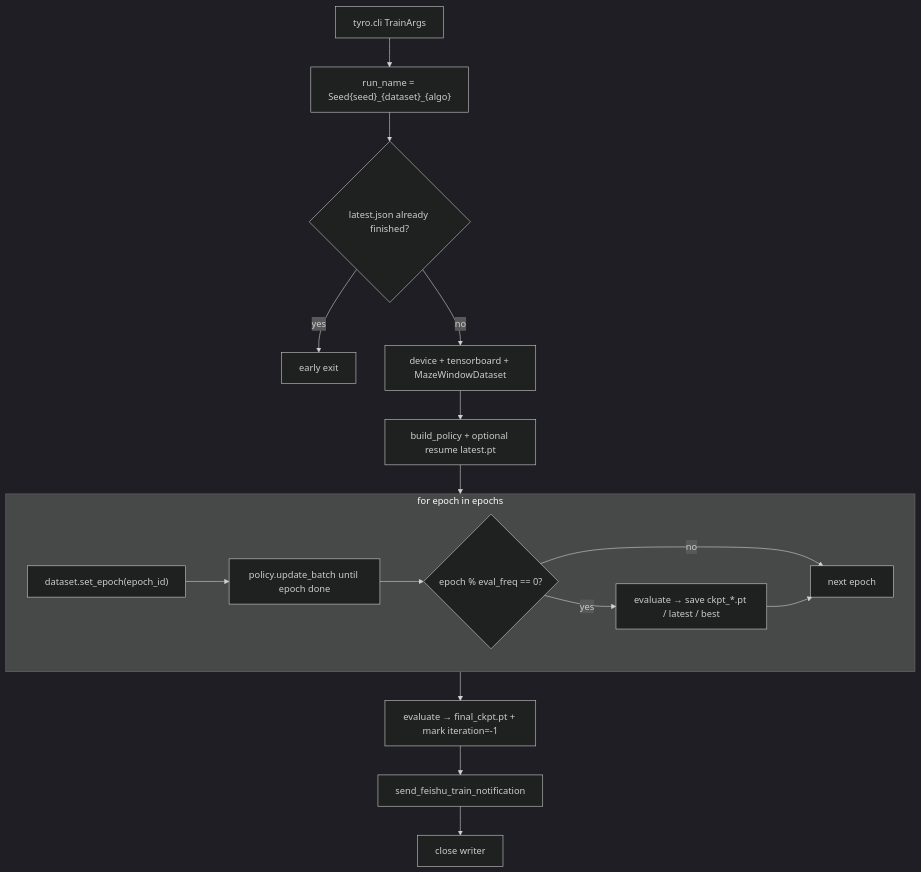
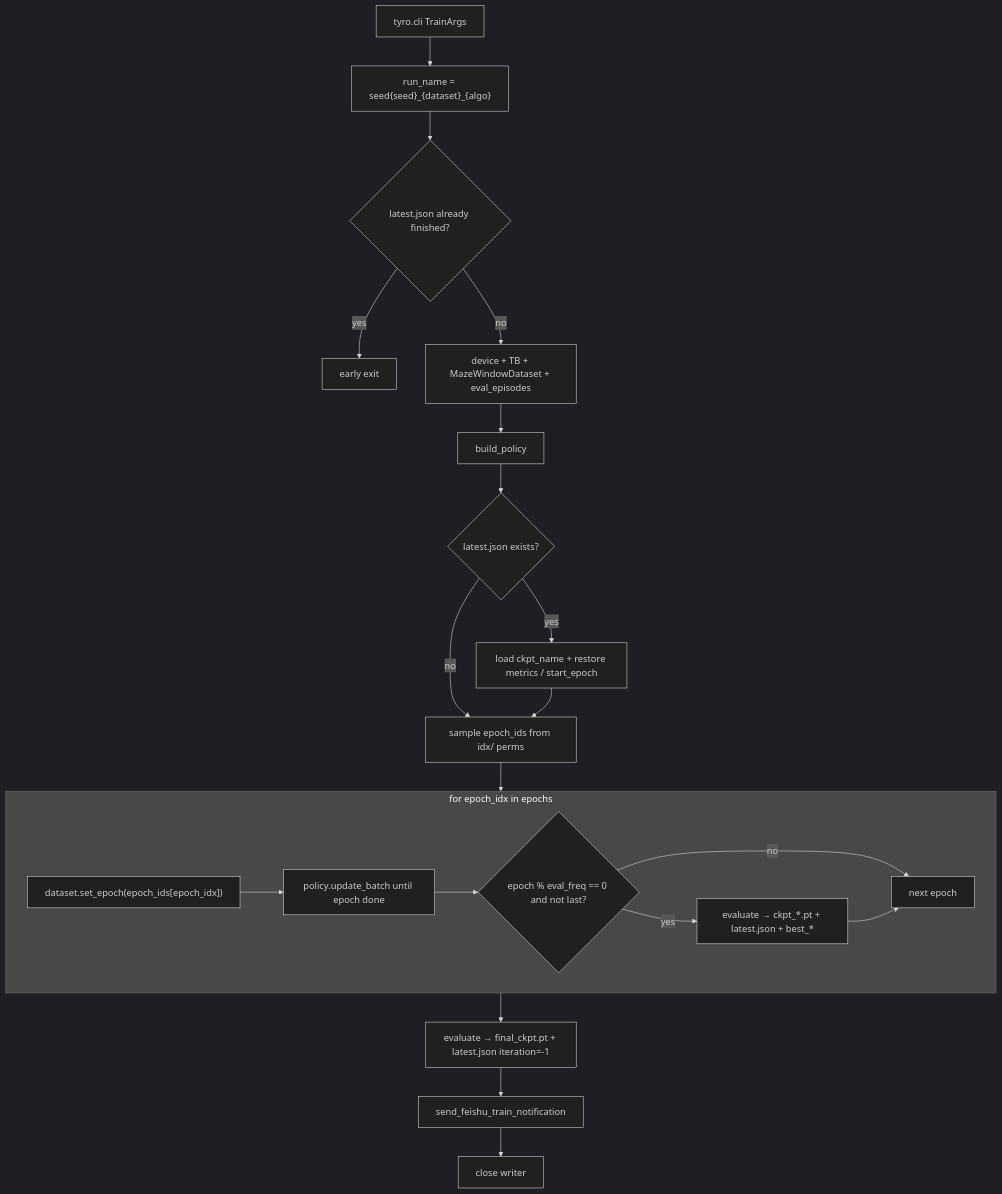
One commit to IBNBlank/maze_playground changed the third of 4 diagrams in README.md. Above: the diagram before and after it, drawn with Mermaid (dark theme). The commit also changed other lines of this file and 10 other files, not shown here.

````diff
--- a/README.md
+++ b/README.md
@@ -156,22 +160,26 @@
 ```mermaid
 flowchart TB
-    start["tyro.cli TrainArgs"] --> run_name["run_name = Seed{seed}_{dataset}_{algo}"]
+    start["tyro.cli TrainArgs"] --> run_name["run_name = seed{seed}_{dataset}_{algo}"]
     run_name --> early{"latest.json already finished?"}
     early -->|yes| done_early["early exit"]
-    early -->|no| init["device + tensorboard + MazeWindowDataset"]
-    init --> policy["build_policy + optional resume latest.pt"]
-    policy --> loop
+    early -->|no| init["device + TB + MazeWindowDataset + eval_episodes"]
+    init --> policy["build_policy"]
+    policy --> resume{"latest.json exists?"}
+    resume -->|yes| load["load ckpt_name + restore metrics / start_epoch"]
+    resume -->|no| pick["sample epoch_ids from idx/ perms"]
+    load --> pick
+    pick --> loop
 
-    subgraph loop["for epoch in epochs"]
-        set_epoch["dataset.set_epoch(epoch_id)"]
+    subgraph loop["for epoch_idx in epochs"]
+        set_epoch["dataset.set_epoch(epoch_ids[epoch_idx])"]
         set_epoch --> batches["policy.update_batch until epoch done"]
-        batches --> eval_gate{"epoch % eval_freq == 0?"}
-        eval_gate -->|yes| mid_eval["evaluate → save ckpt_*.pt / latest / best"]
+        batches --> eval_gate{"epoch % eval_freq == 0 and not last?"}
+        eval_gate -->|yes| mid_eval["evaluate → ckpt_*.pt + latest.json + best_*"]
         eval_gate -->|no| next_ep["next epoch"]
         mid_eval --> next_ep
     end
 
-    loop --> final_eval["evaluate → final_ckpt.pt + mark iteration=-1"]
+    loop --> final_eval["evaluate → final_ckpt.pt + latest.json iteration=-1"]
     final_eval --> feishu["send_feishu_train_notification"]
     feishu --> done["close writer"]
 ```
````
